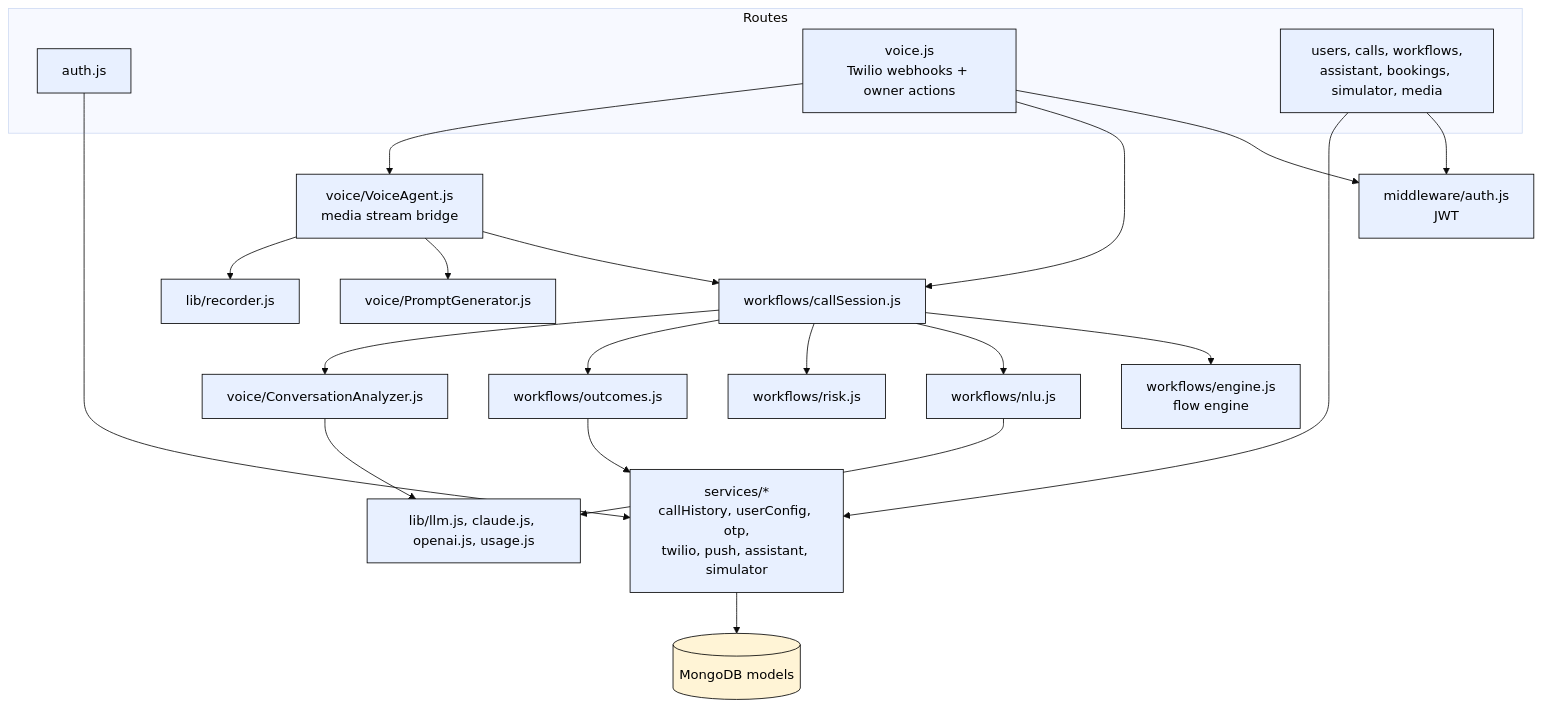
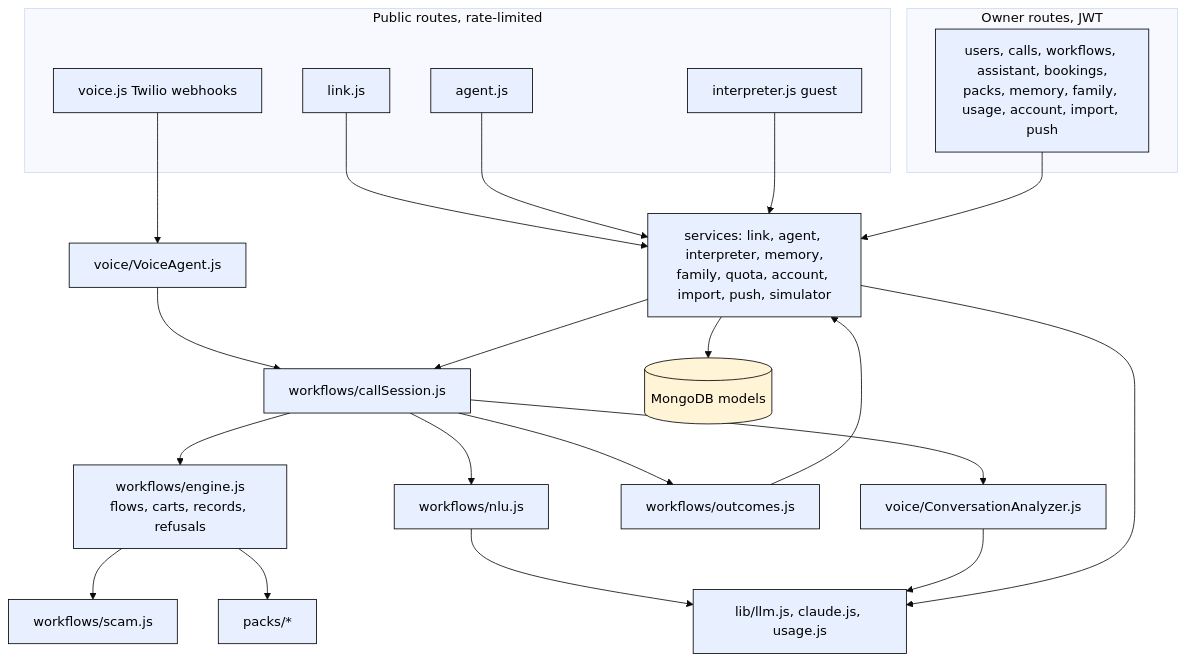
The third of 10 diagrams in README.md (Phani3108/Vexa), drawn with Mermaid (base theme) before and after one commit. The commit also changed other lines of this file and 4 other files, not shown here.

````diff
--- a/README.md
+++ b/README.md
@@ -628,41 +674,38 @@
 ```mermaid
 flowchart TB
-  subgraph routes[Routes]
-    rAuth[auth.js]:::c
-    rVoice[voice.js<br/>Twilio webhooks + owner actions]:::c
-    rApi[users, calls, workflows,<br/>assistant, bookings, simulator, media]:::c
+  subgraph pub[Public routes, rate-limited]
+    rLink[link.js]:::c
+    rAgent[agent.js]:::c
+    rInt[interpreter.js guest]:::c
+    rVoice[voice.js Twilio webhooks]:::c
   end
-  mw[middleware/auth.js<br/>JWT]:::c
-  va[voice/VoiceAgent.js<br/>media stream bridge]:::c
-  pg[voice/PromptGenerator.js]:::c
+  subgraph own[Owner routes, JWT]
+    rOwn[users, calls, workflows, assistant, bookings,<br/>packs, memory, family, usage, account, import, push]:::c
+  end
+  cs[workflows/callSession.js]:::c
+  eng[workflows/engine.js<br/>flows, carts, records, refusals]:::c
+  scam[workflows/scam.js]:::c
+  nlu[workflows/nlu.js]:::c
+  out[workflows/outcomes.js]:::c
+  packs[packs/*]:::c
+  va[voice/VoiceAgent.js]:::c
   ca[voice/ConversationAnalyzer.js]:::c
-  cs[workflows/callSession.js]:::c
-  eng[workflows/engine.js<br/>flow engine]:::c
-  nlu[workflows/nlu.js]:::c
-  risk[workflows/risk.js]:::c
-  out[workflows/outcomes.js]:::c
-  svc[services/*<br/>callHistory, userConfig, otp,<br/>twilio, push, assistant, simulator]:::c
-  llm[lib/llm.js, claude.js, openai.js, usage.js]:::c
-  rec[lib/recorder.js]:::c
+  svc[services: link, agent, interpreter, memory,<br/>family, quota, account, import, push, simulator]:::c
+  llm[lib/llm.js, claude.js, usage.js]:::c
   db[(MongoDB models)]:::d
-  rAuth --> svc
-  rApi --> mw
-  rApi --> svc
-  rVoice --> mw
-  rVoice --> cs
-  rVoice --> va
-  va --> cs
-  va --> pg
-  va --> rec
+  rVoice --> va --> cs
+  rLink --> svc --> cs
+  rAgent --> svc
+  rInt --> svc
+  rOwn --> svc
   cs --> eng
-  cs --> nlu
-  cs --> risk
-  cs --> out
-  cs --> ca
-  nlu --> llm
-  ca --> llm
-  out --> svc
+  eng --> scam
+  eng --> packs
+  cs --> nlu --> llm
+  cs --> ca --> llm
+  cs --> out --> svc
+  svc --> llm
   svc --> db
   classDef c fill:#e8f0ff,stroke:#000,color:#000
   classDef d fill:#fff4d6,stroke:#000,color:#000
 ```
````
